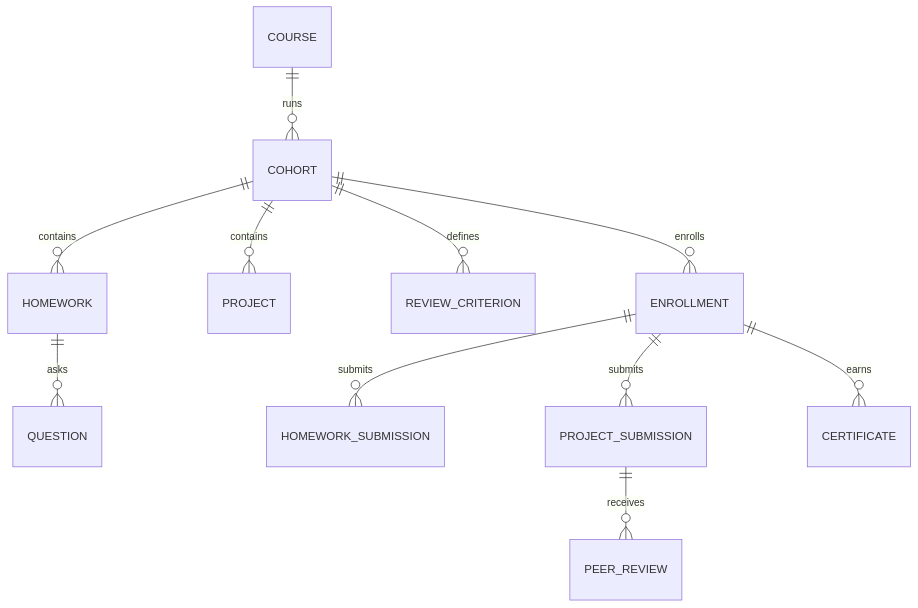
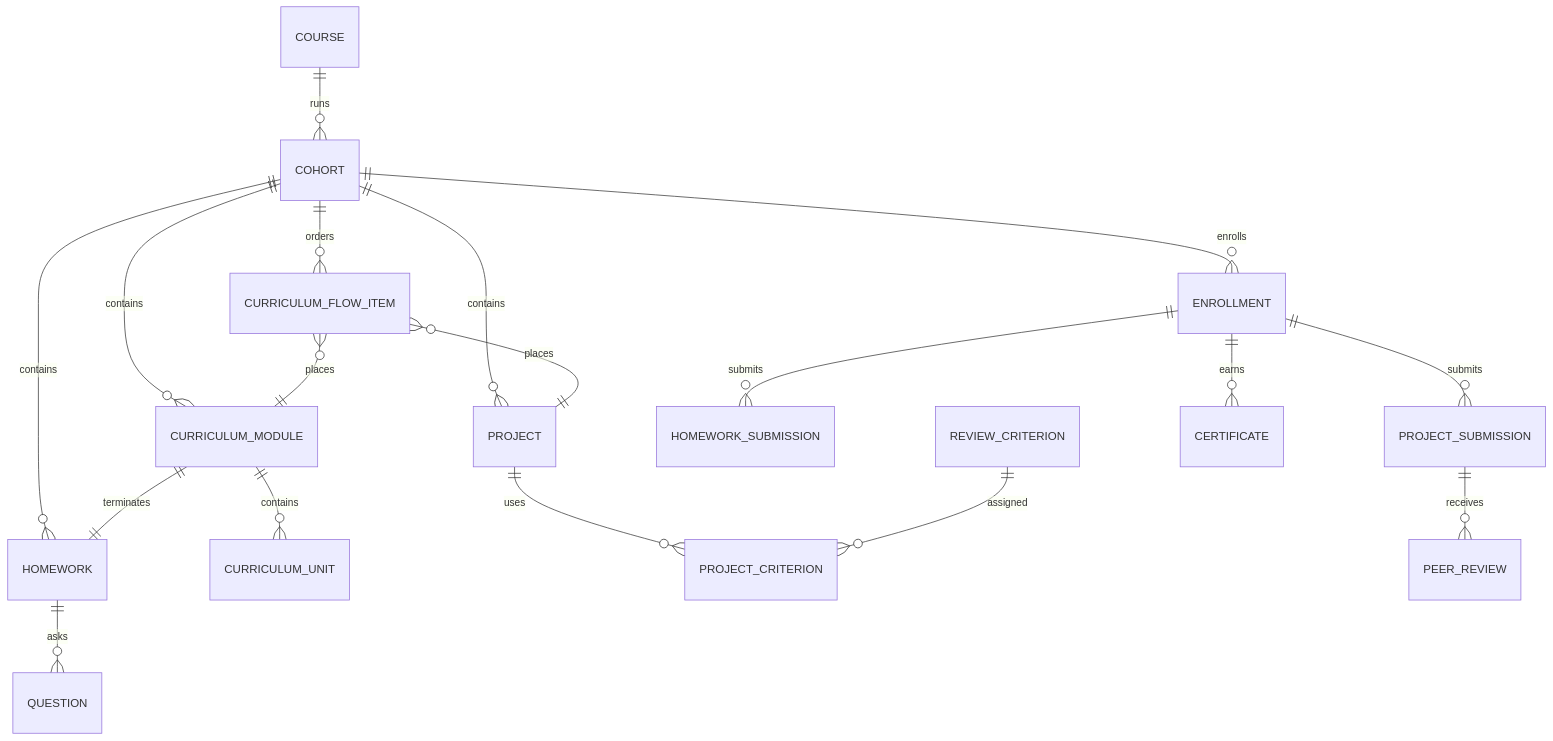
One commit to DataTalksClub/website changed the diagram in _docs/specs/04-courses-and-cohorts.md. Above: the diagram before and after it, drawn with Mermaid. The commit also changed other lines of this file, not shown here.

First line of the commit message:
docs: define cohort curriculum formats

````diff
--- a/_docs/specs/04-courses-and-cohorts.md
+++ b/_docs/specs/04-courses-and-cohorts.md
@@ -57,13 +57,20 @@
 ```mermaid
 erDiagram
     COURSE ||--o{ COHORT : runs
     COHORT ||--o{ HOMEWORK : contains
     HOMEWORK ||--o{ QUESTION : asks
     COHORT ||--o{ PROJECT : contains
-    COHORT ||--o{ REVIEW_CRITERION : defines
+    COHORT ||--o{ CURRICULUM_MODULE : contains
+    CURRICULUM_MODULE ||--o{ CURRICULUM_UNIT : contains
+    CURRICULUM_MODULE ||--|| HOMEWORK : terminates
+    COHORT ||--o{ CURRICULUM_FLOW_ITEM : orders
+    CURRICULUM_FLOW_ITEM }o--|| CURRICULUM_MODULE : places
+    CURRICULUM_FLOW_ITEM }o--|| PROJECT : places
+    PROJECT ||--o{ PROJECT_CRITERION : uses
+    REVIEW_CRITERION ||--o{ PROJECT_CRITERION : assigned
     COHORT ||--o{ ENROLLMENT : enrolls
     ENROLLMENT ||--o{ HOMEWORK_SUBMISSION : submits
     ENROLLMENT ||--o{ PROJECT_SUBMISSION : submits
     PROJECT_SUBMISSION ||--o{ PEER_REVIEW : receives
     ENROLLMENT ||--o{ CERTIFICATE : earns
 ```
````
